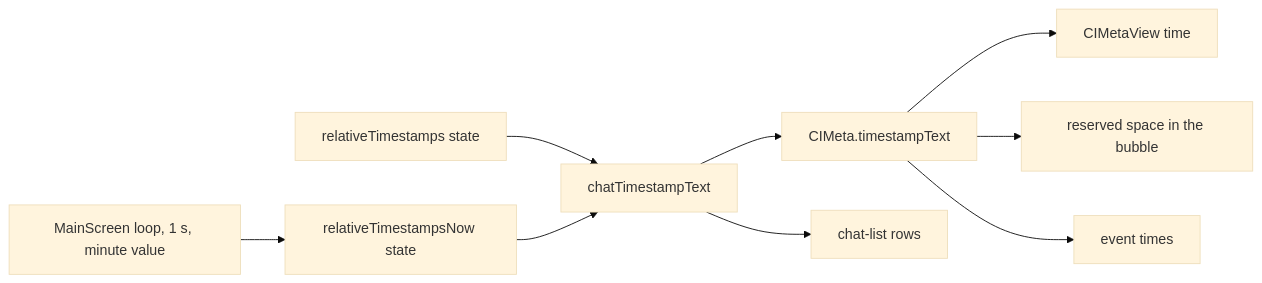
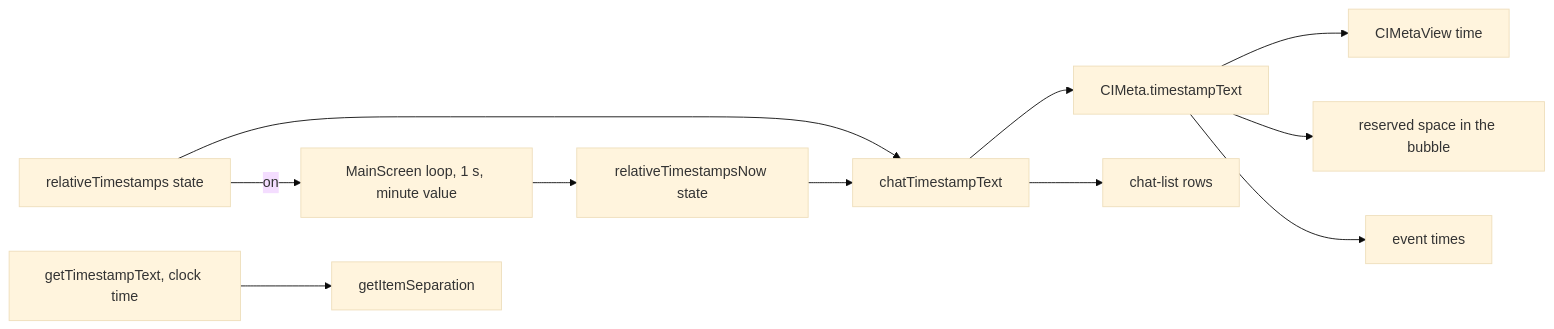
Before and after one commit to Narasimha-sc/simplex-chat: the diagram in plans/2026-11-07-relative-timestamps.md, drawn with Mermaid (base theme). The commit also changed 1 other file, not shown here.

Commit message:
android, desktop: relative timestamps test without the reserve duplicate

````diff
--- a/plans/2026-11-07-relative-timestamps.md
+++ b/plans/2026-11-07-relative-timestamps.md
@@ -29,11 +29,13 @@
 ```mermaid
 flowchart LR
   P[relativeTimestamps state] --> C[chatTimestampText]
+  P -->|on| M
   N[relativeTimestampsNow state] --> C
   M[MainScreen loop, 1 s, minute value] --> N
+  G[getTimestampText, clock time] --> S[getItemSeparation]
   C --> T[CIMeta.timestampText]
   C --> L[chat-list rows]
   T --> V[CIMetaView time]
   T --> R[reserved space in the bubble]
   T --> E[event times]
 ```
````
